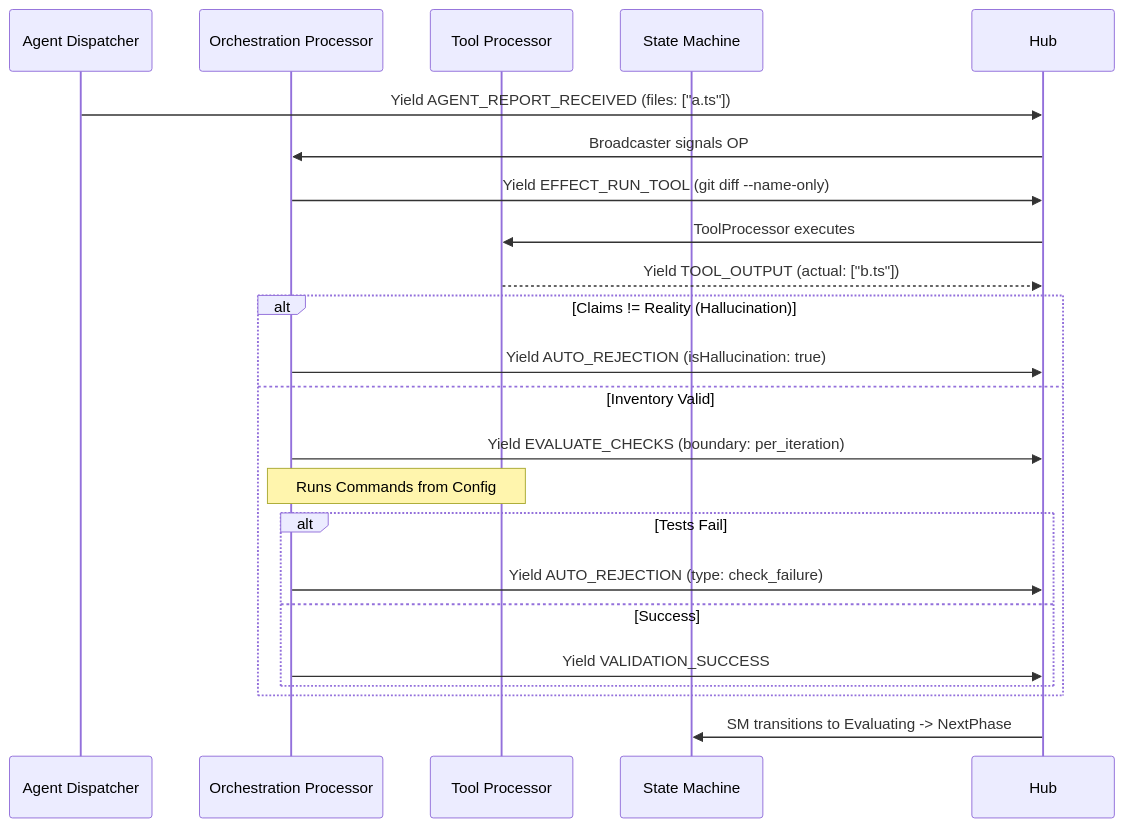
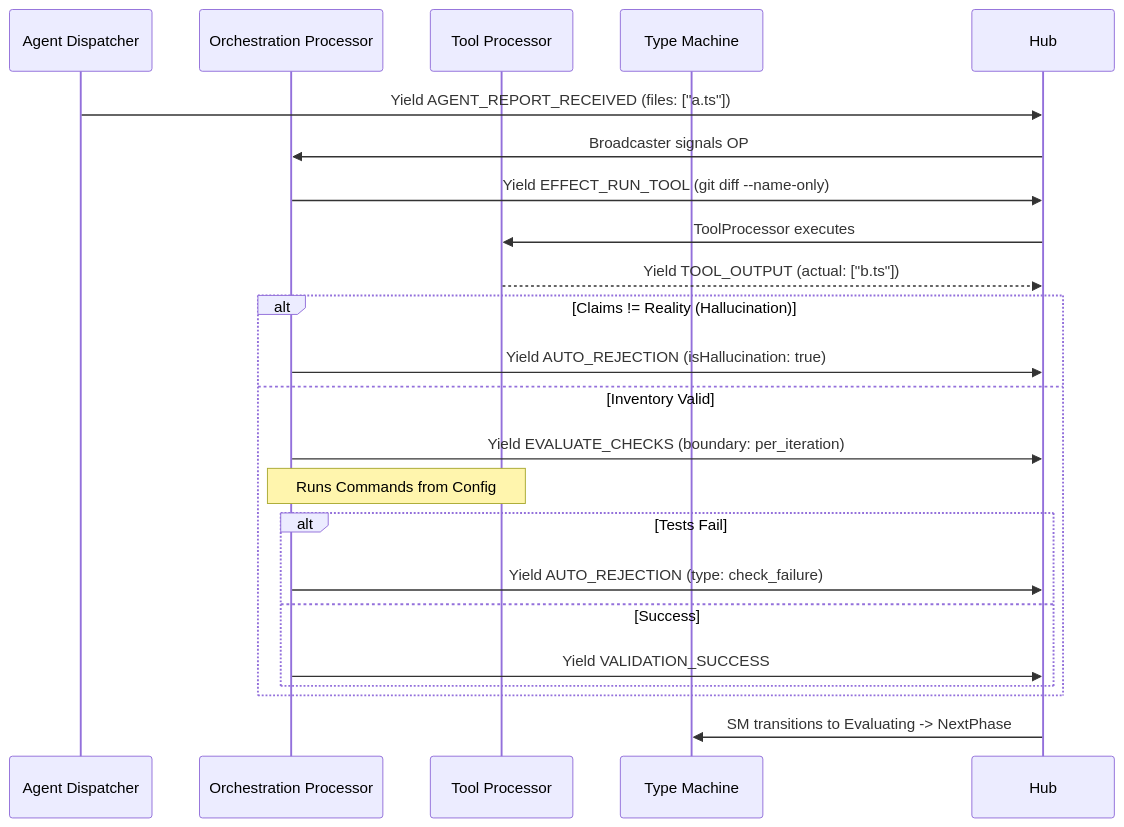
The second of 2 diagrams in rfcs/rfc-001-detailed-blueprint.md (Tsomaia-Technologies/ductus), drawn with Mermaid before and after one commit. The commit also changed other lines of this file and 29 other files, not shown here.

````diff
--- a/rfcs/rfc-001-detailed-blueprint.md
+++ b/rfcs/rfc-001-detailed-blueprint.md
@@ -104,27 +104,27 @@
 ```mermaid
 sequenceDiagram
     participant AD as Agent Dispatcher
     participant OP as Orchestration Processor
     participant TP as Tool Processor
-    participant SM as State Machine
+    participant SM as Type Machine
     
     AD->>Hub: Yield AGENT_REPORT_RECEIVED (files: ["a.ts"])
     Hub->>OP: Broadcaster signals OP
     OP->>Hub: Yield EFFECT_RUN_TOOL (git diff --name-only)
     Hub->>TP: ToolProcessor executes
     TP-->>Hub: Yield TOOL_OUTPUT (actual: ["b.ts"])
     
     alt Claims != Reality (Hallucination)
         OP->>Hub: Yield AUTO_REJECTION (isHallucination: true)
     else Inventory Valid
         OP->>Hub: Yield EVALUATE_CHECKS (boundary: per_iteration)
         Note over OP,TP: Runs Commands from Config
         alt Tests Fail
             OP->>Hub: Yield AUTO_REJECTION (type: check_failure)
         else Success
             OP->>Hub: Yield VALIDATION_SUCCESS
         end
     end
     
     Hub->>SM: SM transitions to Evaluating -> NextPhase
 ```
````
